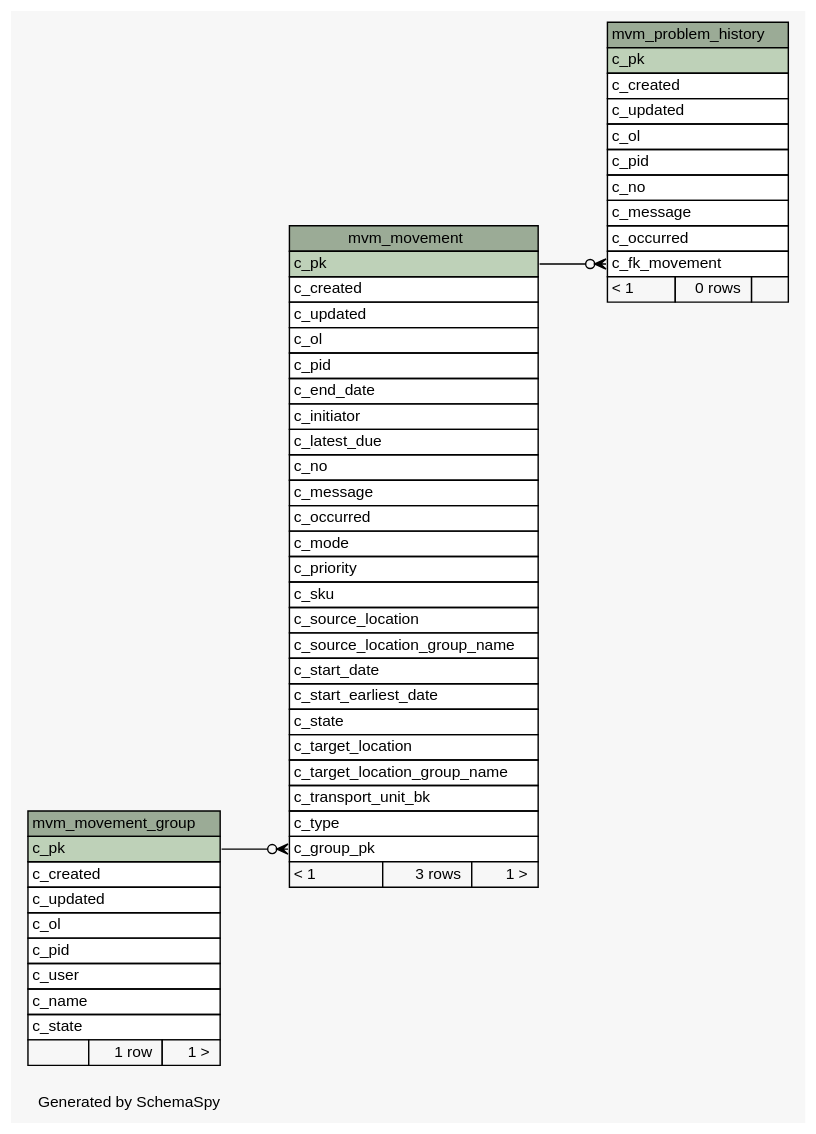
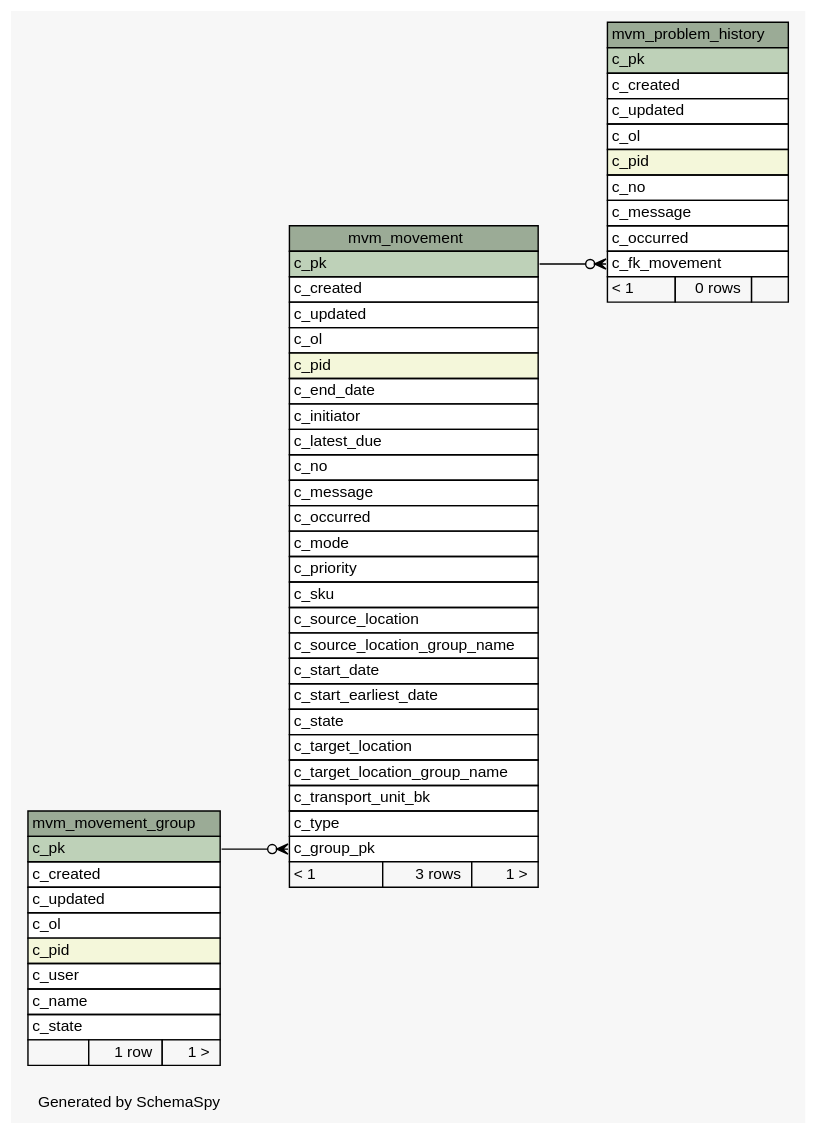
The diagram in 1.0.0-SNAPSHOT/schemaspy/diagrams/summary/relationships.real.large.dot (openwms/org.openwms.wms.movements.lib), drawn with Graphviz before and after one commit. The commit also changed 264 other files, not shown here.

```diff
--- a/1.0.0-SNAPSHOT/schemaspy/diagrams/summary/relationships.real.large.dot
+++ b/1.0.0-SNAPSHOT/schemaspy/diagrams/summary/relationships.real.large.dot
@@ -1,92 +1,92 @@
 // dot 2.43.0 on Linux 5.11.0-1028-azure
 // SchemaSpy rev Unknown
 digraph "largeRelationshipsDiagram" {
   graph [
     rankdir="RL"
     bgcolor="#f7f7f7"
     label="\nGenerated by SchemaSpy"
     labeljust="l"
     nodesep="0.18"
     ranksep="0.46"
     fontname="Helvetica"
     fontsize="11"
   ];
   node [
     fontname="Helvetica"
     fontsize="11"
     shape="plaintext"
   ];
   edge [
     arrowsize="0.8"
   ];
   "mvm_movement" [
     label=<
     <TABLE BORDER="0" CELLBORDER="1" CELLSPACING="0" BGCOLOR="#ffffff">
       <TR><TD COLSPAN="3" BGCOLOR="#9bab96" ALIGN="CENTER">mvm_movement</TD></TR>
       <TR><TD PORT="c_pk" COLSPAN="3" BGCOLOR="#bed1b8" ALIGN="LEFT">c_pk</TD></TR>
       <TR><TD PORT="c_created" COLSPAN="3" ALIGN="LEFT">c_created</TD></TR>
       <TR><TD PORT="c_updated" COLSPAN="3" ALIGN="LEFT">c_updated</TD></TR>
       <TR><TD PORT="c_ol" COLSPAN="3" ALIGN="LEFT">c_ol</TD></TR>
-      <TR><TD PORT="c_pid" COLSPAN="3" ALIGN="LEFT">c_pid</TD></TR>
+      <TR><TD PORT="c_pid" COLSPAN="3" BGCOLOR="#f4f7da" ALIGN="LEFT">c_pid</TD></TR>
       <TR><TD PORT="c_end_date" COLSPAN="3" ALIGN="LEFT">c_end_date</TD></TR>
       <TR><TD PORT="c_initiator" COLSPAN="3" ALIGN="LEFT">c_initiator</TD></TR>
       <TR><TD PORT="c_latest_due" COLSPAN="3" ALIGN="LEFT">c_latest_due</TD></TR>
       <TR><TD PORT="c_no" COLSPAN="3" ALIGN="LEFT">c_no</TD></TR>
       <TR><TD PORT="c_message" COLSPAN="3" ALIGN="LEFT">c_message</TD></TR>
       <TR><TD PORT="c_occurred" COLSPAN="3" ALIGN="LEFT">c_occurred</TD></TR>
       <TR><TD PORT="c_mode" COLSPAN="3" ALIGN="LEFT">c_mode</TD></TR>
       <TR><TD PORT="c_priority" COLSPAN="3" ALIGN="LEFT">c_priority</TD></TR>
       <TR><TD PORT="c_sku" COLSPAN="3" ALIGN="LEFT">c_sku</TD></TR>
       <TR><TD PORT="c_source_location" COLSPAN="3" ALIGN="LEFT">c_source_location</TD></TR>
       <TR><TD PORT="c_source_location_group_name" COLSPAN="3" ALIGN="LEFT">c_source_location_group_name</TD></TR>
       <TR><TD PORT="c_start_date" COLSPAN="3" ALIGN="LEFT">c_start_date</TD></TR>
       <TR><TD PORT="c_start_earliest_date" COLSPAN="3" ALIGN="LEFT">c_start_earliest_date</TD></TR>
       <TR><TD PORT="c_state" COLSPAN="3" ALIGN="LEFT">c_state</TD></TR>
       <TR><TD PORT="c_target_location" COLSPAN="3" ALIGN="LEFT">c_target_location</TD></TR>
       <TR><TD PORT="c_target_location_group_name" COLSPAN="3" ALIGN="LEFT">c_target_location_group_name</TD></TR>
       <TR><TD PORT="c_transport_unit_bk" COLSPAN="3" ALIGN="LEFT">c_transport_unit_bk</TD></TR>
       <TR><TD PORT="c_type" COLSPAN="3" ALIGN="LEFT">c_type</TD></TR>
       <TR><TD PORT="c_group_pk" COLSPAN="3" ALIGN="LEFT">c_group_pk</TD></TR>
       <TR><TD ALIGN="LEFT" BGCOLOR="#f7f7f7">&lt; 1</TD><TD ALIGN="RIGHT" BGCOLOR="#f7f7f7">3 rows</TD><TD ALIGN="RIGHT" BGCOLOR="#f7f7f7">1 &gt;</TD></TR>
     </TABLE>>
     URL="tables/mvm_movement.html"
     tooltip="mvm_movement"
   ];
   "mvm_movement_group" [
     label=<
     <TABLE BORDER="0" CELLBORDER="1" CELLSPACING="0" BGCOLOR="#ffffff">
       <TR><TD COLSPAN="3" BGCOLOR="#9bab96" ALIGN="CENTER">mvm_movement_group</TD></TR>
       <TR><TD PORT="c_pk" COLSPAN="3" BGCOLOR="#bed1b8" ALIGN="LEFT">c_pk</TD></TR>
       <TR><TD PORT="c_created" COLSPAN="3" ALIGN="LEFT">c_created</TD></TR>
       <TR><TD PORT="c_updated" COLSPAN="3" ALIGN="LEFT">c_updated</TD></TR>
       <TR><TD PORT="c_ol" COLSPAN="3" ALIGN="LEFT">c_ol</TD></TR>
-      <TR><TD PORT="c_pid" COLSPAN="3" ALIGN="LEFT">c_pid</TD></TR>
+      <TR><TD PORT="c_pid" COLSPAN="3" BGCOLOR="#f4f7da" ALIGN="LEFT">c_pid</TD></TR>
       <TR><TD PORT="c_user" COLSPAN="3" ALIGN="LEFT">c_user</TD></TR>
       <TR><TD PORT="c_name" COLSPAN="3" ALIGN="LEFT">c_name</TD></TR>
       <TR><TD PORT="c_state" COLSPAN="3" ALIGN="LEFT">c_state</TD></TR>
       <TR><TD ALIGN="LEFT" BGCOLOR="#f7f7f7">  </TD><TD ALIGN="RIGHT" BGCOLOR="#f7f7f7">1 row</TD><TD ALIGN="RIGHT" BGCOLOR="#f7f7f7">1 &gt;</TD></TR>
     </TABLE>>
     URL="tables/mvm_movement_group.html"
     tooltip="mvm_movement_group"
   ];
   "mvm_problem_history" [
     label=<
     <TABLE BORDER="0" CELLBORDER="1" CELLSPACING="0" BGCOLOR="#ffffff">
       <TR><TD COLSPAN="3" BGCOLOR="#9bab96" ALIGN="CENTER">mvm_problem_history</TD></TR>
       <TR><TD PORT="c_pk" COLSPAN="3" BGCOLOR="#bed1b8" ALIGN="LEFT">c_pk</TD></TR>
       <TR><TD PORT="c_created" COLSPAN="3" ALIGN="LEFT">c_created</TD></TR>
       <TR><TD PORT="c_updated" COLSPAN="3" ALIGN="LEFT">c_updated</TD></TR>
       <TR><TD PORT="c_ol" COLSPAN="3" ALIGN="LEFT">c_ol</TD></TR>
-      <TR><TD PORT="c_pid" COLSPAN="3" ALIGN="LEFT">c_pid</TD></TR>
+      <TR><TD PORT="c_pid" COLSPAN="3" BGCOLOR="#f4f7da" ALIGN="LEFT">c_pid</TD></TR>
       <TR><TD PORT="c_no" COLSPAN="3" ALIGN="LEFT">c_no</TD></TR>
       <TR><TD PORT="c_message" COLSPAN="3" ALIGN="LEFT">c_message</TD></TR>
       <TR><TD PORT="c_occurred" COLSPAN="3" ALIGN="LEFT">c_occurred</TD></TR>
       <TR><TD PORT="c_fk_movement" COLSPAN="3" ALIGN="LEFT">c_fk_movement</TD></TR>
       <TR><TD ALIGN="LEFT" BGCOLOR="#f7f7f7">&lt; 1</TD><TD ALIGN="RIGHT" BGCOLOR="#f7f7f7">0 rows</TD><TD ALIGN="RIGHT" BGCOLOR="#f7f7f7">  </TD></TR>
     </TABLE>>
     URL="tables/mvm_problem_history.html"
     tooltip="mvm_problem_history"
   ];
   "mvm_movement":"c_group_pk":w -> "mvm_movement_group":"c_pk":e [arrowhead=none dir=back arrowtail=crowodot];
   "mvm_problem_history":"c_fk_movement":w -> "mvm_movement":"c_pk":e [arrowhead=none dir=back arrowtail=crowodot];
 }
```
